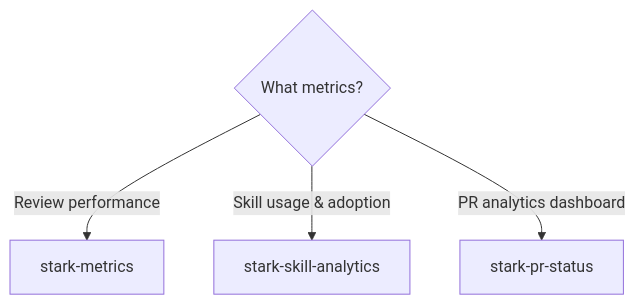
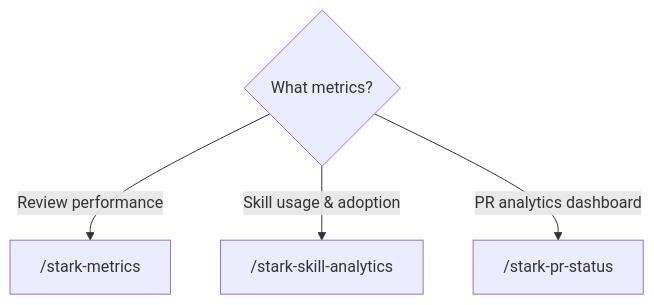
The eighth of 8 diagrams in docs/skills/README.md (21StarkCom/stark-skills), drawn with Mermaid before and after one commit. The commit also changed other lines of this file and 1 other file, not shown here.

First line of the commit message:
docs: add full pipeline visualization and rewrite skill routing guide

````diff
--- a/docs/skills/README.md
+++ b/docs/skills/README.md
@@ -97,6 +111,6 @@
 ```mermaid
 graph TD
-    A{What metrics?} -->|Review performance| B[stark-metrics]
-    A -->|Skill usage & adoption| C[stark-skill-analytics]
-    A -->|PR analytics dashboard| D[stark-pr-status]
+    A{What metrics?} -->|Review performance| B["/stark-metrics"]
+    A -->|Skill usage & adoption| C["/stark-skill-analytics"]
+    A -->|PR analytics dashboard| D["/stark-pr-status"]
 ```
````
